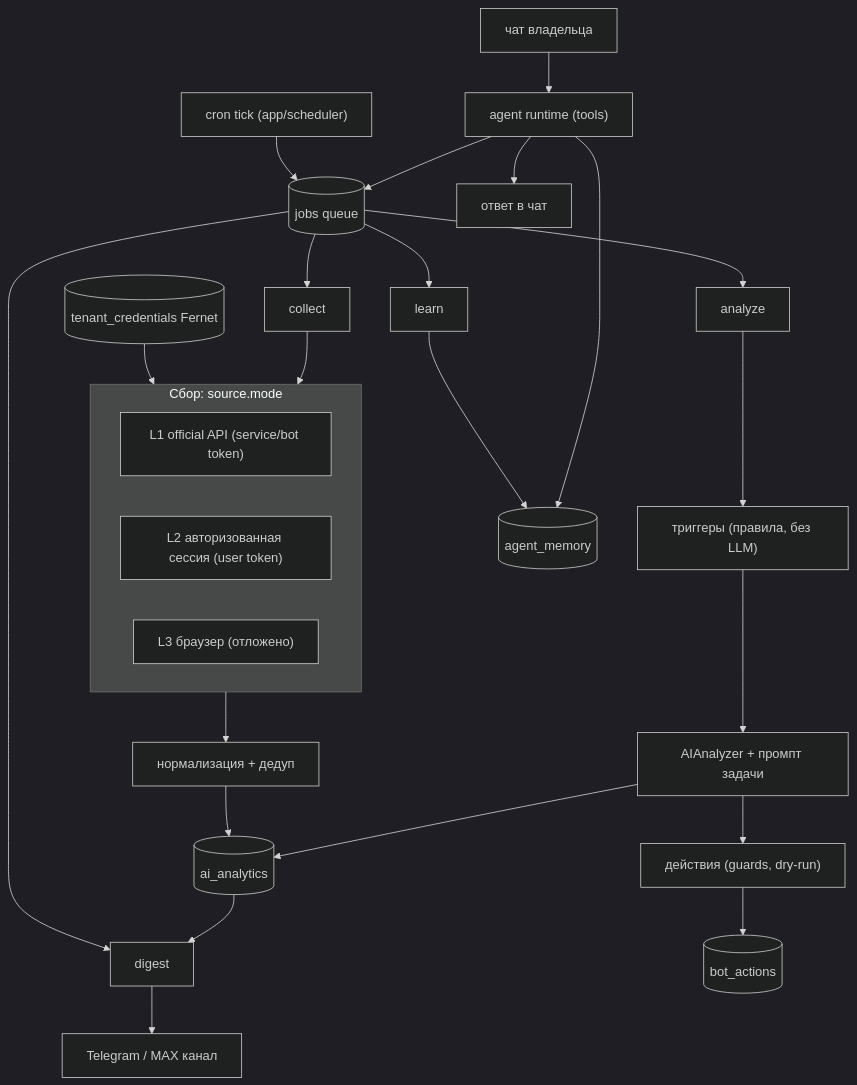
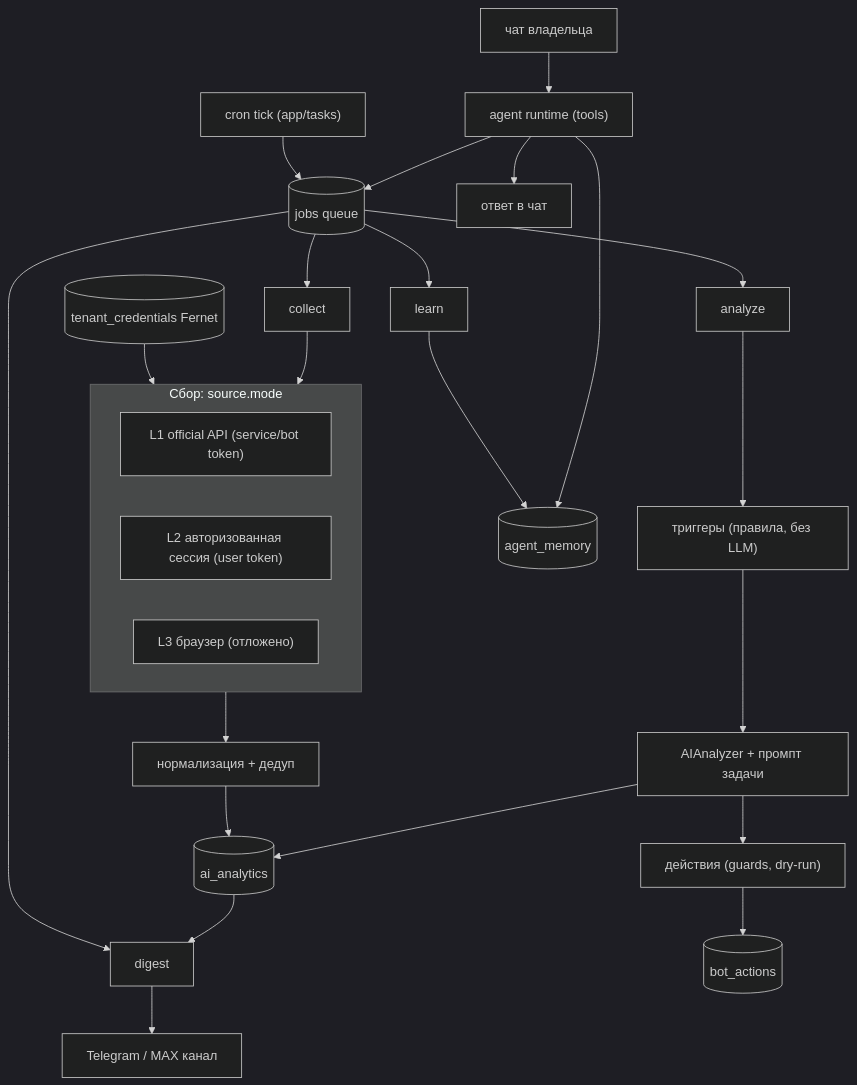
The diagram in docs/design/vision.md (Starck43/social-media-ai), drawn with Mermaid (dark theme) before and after one commit. The commit also changed 72 other files, not shown here.

First line of the commit message:
refactor: rename app/scheduler -> app/tasks; include admin UX & cost work

````diff
--- a/docs/design/vision.md
+++ b/docs/design/vision.md
@@ -38,26 +38,26 @@
 ```mermaid
 flowchart TB
-    CRON["cron tick (app/scheduler)"] --> JOBS[("jobs queue")]
+    CRON["cron tick (app/tasks)"] --> JOBS[("jobs queue")]
     JOBS --> J1["collect"]
     JOBS --> J2["analyze"]
     JOBS --> J3["digest"]
     JOBS --> J4["learn"]
 
     subgraph COLLECT["Сбор: source.mode"]
         L1["L1 official API (service/bot token)"]
         L2["L2 авторизованная сессия (user token)"]
         L3["L3 браузер (отложено)"]
     end
     CREDS[("tenant_credentials Fernet")] --> COLLECT
     J1 --> COLLECT --> NORM["нормализация + дедуп"] --> AN[("ai_analytics")]
 
     J2 --> TRIG["триггеры (правила, без LLM)"] --> ANA["AIAnalyzer + промпт задачи"] --> AN
     ANA --> ACT["действия (guards, dry-run)"] --> LEDGER[("bot_actions")]
 
     AN --> J3 --> CH["Telegram / MAX канал"]
     J4 --> MEM[("agent_memory")]
 
     CHAT["чат владельца"] --> AGENT["agent runtime (tools)"] --> JOBS
     AGENT --> STAT["ответ в чат"]
     AGENT --> MEM
 ```
````
